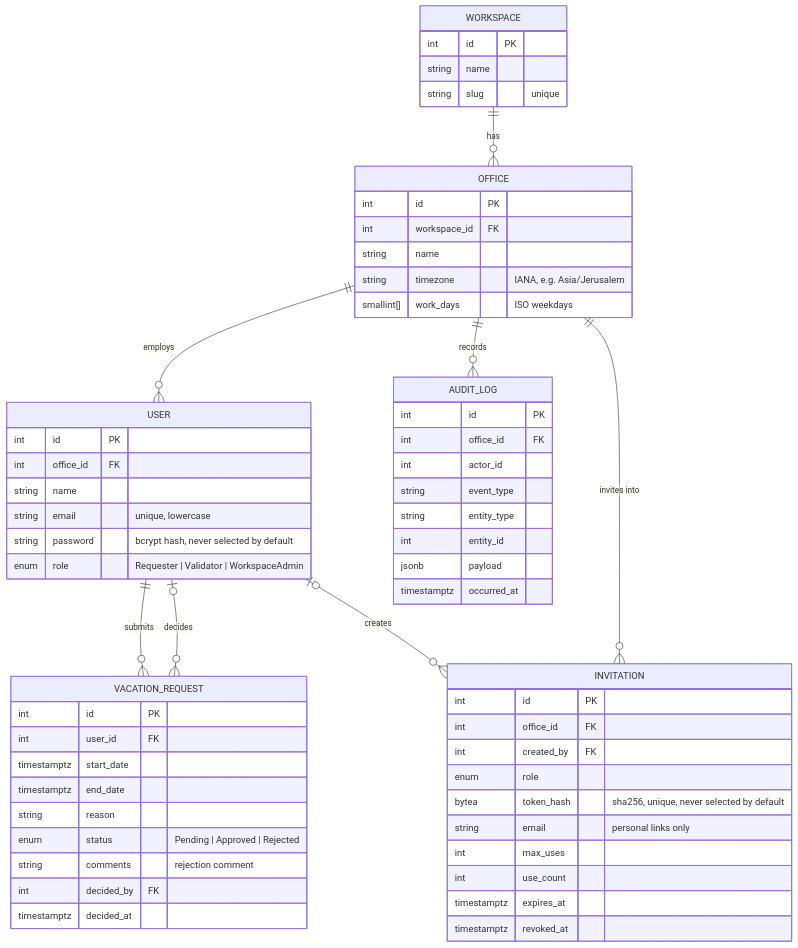
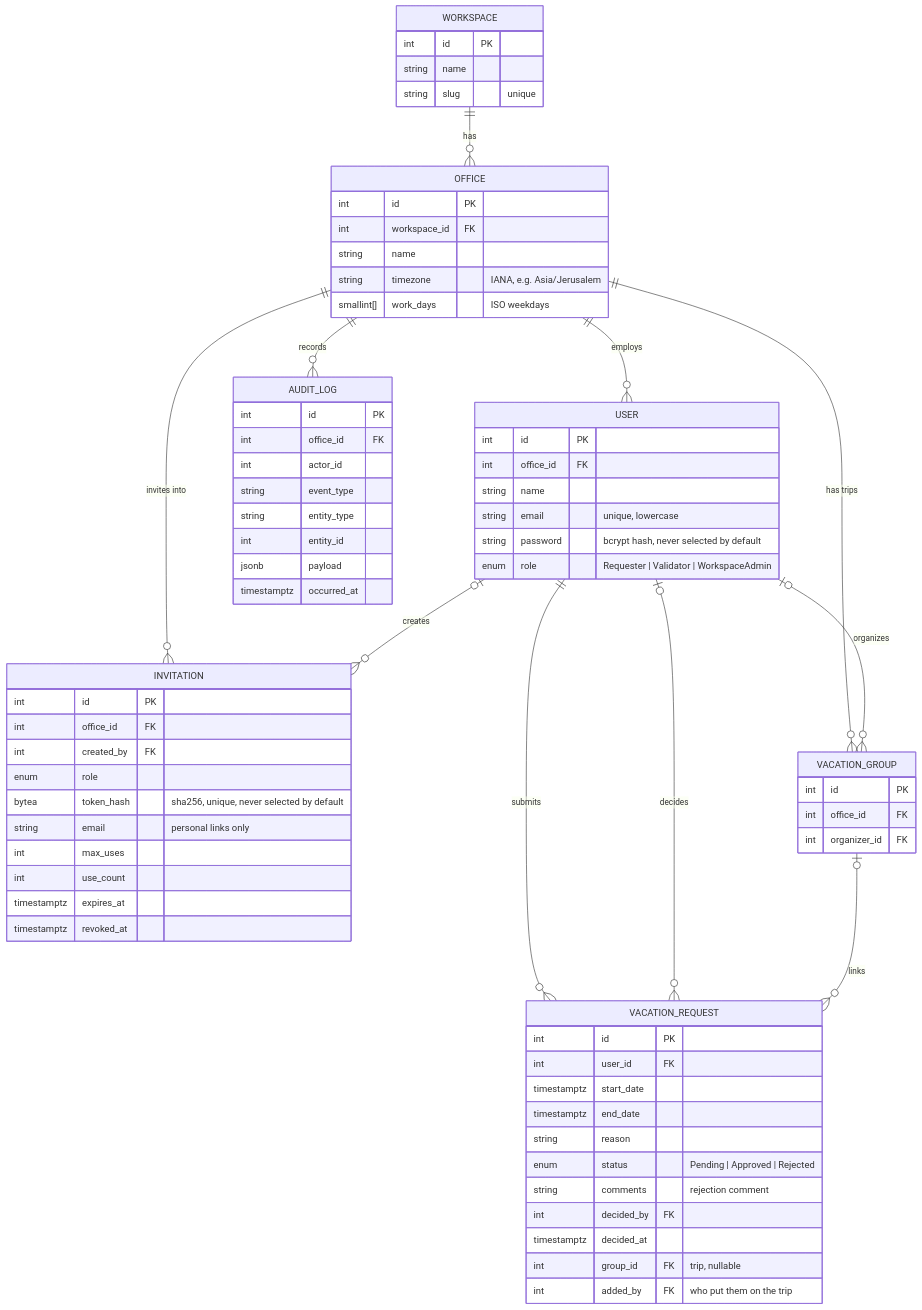
Before and after one commit to Roni750/Offday: the eighth of 11 diagrams in README.md, drawn with Mermaid. The commit also changed other lines of this file and 1 other file, not shown here.

Commit message:
docs: document group requests in the contract and README

````diff
--- a/README.md
+++ b/README.md
@@ -355,52 +371,60 @@
 ```mermaid
 erDiagram
     WORKSPACE ||--o{ OFFICE : has
     OFFICE ||--o{ USER : employs
     USER ||--o{ VACATION_REQUEST : submits
     USER |o--o{ VACATION_REQUEST : decides
     OFFICE ||--o{ AUDIT_LOG : records
     OFFICE ||--o{ INVITATION : "invites into"
     USER |o--o{ INVITATION : creates
+    OFFICE ||--o{ VACATION_GROUP : "has trips"
+    VACATION_GROUP |o--o{ VACATION_REQUEST : links
+    USER |o--o{ VACATION_GROUP : organizes
 
     WORKSPACE { int id PK
         string name
         string slug "unique" }
     OFFICE { int id PK
         int workspace_id FK
         string name
         string timezone "IANA, e.g. Asia/Jerusalem"
         smallint[] work_days "ISO weekdays" }
     USER { int id PK
         int office_id FK
         string name
         string email "unique, lowercase"
         string password "bcrypt hash, never selected by default"
         enum role "Requester | Validator | WorkspaceAdmin" }
     VACATION_REQUEST { int id PK
         int user_id FK
         timestamptz start_date
         timestamptz end_date
         string reason
         enum status "Pending | Approved | Rejected"
         string comments "rejection comment"
         int decided_by FK
-        timestamptz decided_at }
+        timestamptz decided_at
+        int group_id FK "trip, nullable"
+        int added_by FK "who put them on the trip" }
+    VACATION_GROUP { int id PK
+        int office_id FK
+        int organizer_id FK }
     AUDIT_LOG { int id PK
         int office_id FK
         int actor_id
         string event_type
         string entity_type
         int entity_id
         jsonb payload
         timestamptz occurred_at }
     INVITATION { int id PK
         int office_id FK
         int created_by FK
         enum role
         bytea token_hash "sha256, unique, never selected by default"
         string email "personal links only"
         int max_uses
         int use_count
         timestamptz expires_at
         timestamptz revoked_at }
 ```
````
